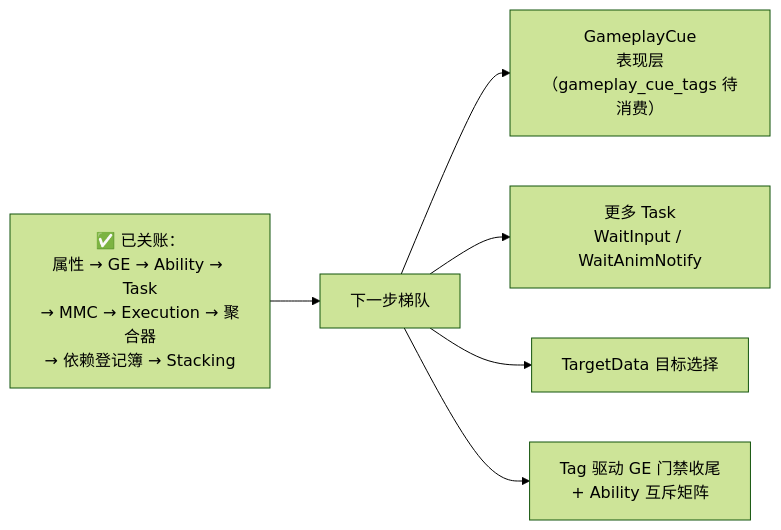
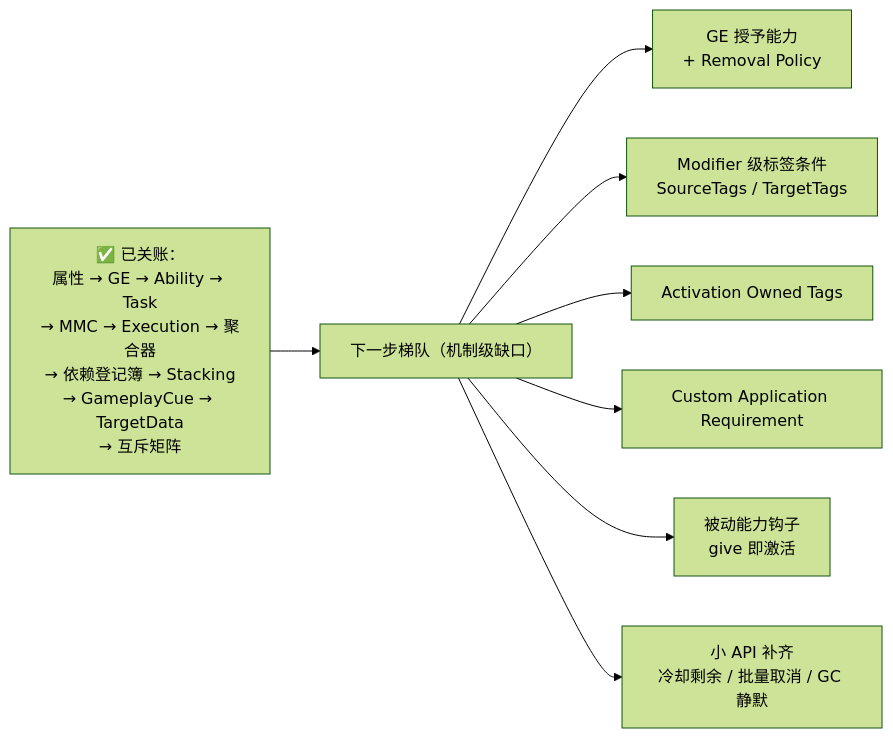
Before and after one commit to PrimeChuJiang/gas_project: diagram 25 of 25 in docs/System_Architecture.md, drawn with Mermaid (forest theme). The commit also changed other lines of this file and 27 other files, not shown here.

````diff
--- a/docs/System_Architecture.md
+++ b/docs/System_Architecture.md
@@ -1443,8 +1448,10 @@
 ```mermaid
 flowchart LR
-    DONE["✅ 已关账：<br/>属性 → GE → Ability → Task<br/>→ MMC → Execution → 聚合器<br/>→ 依赖登记簿 → Stacking"] --> NEXT["下一步梯队"]
-    NEXT --> CUE["GameplayCue<br/>表现层（gameplay_cue_tags 待消费）"]
-    NEXT --> TASK2["更多 Task<br/>WaitInput / WaitAnimNotify"]
-    NEXT --> TARGET["TargetData 目标选择"]
-    NEXT --> TAG2["Tag 驱动 GE 门禁收尾<br/>+ Ability 互斥矩阵"]
+    DONE["✅ 已关账：<br/>属性 → GE → Ability → Task<br/>→ MMC → Execution → 聚合器<br/>→ 依赖登记簿 → Stacking<br/>→ GameplayCue → TargetData<br/>→ 互斥矩阵"] --> NEXT["下一步梯队（机制级缺口）"]
+    NEXT --> GAP1["GE 授予能力<br/>+ Removal Policy"]
+    NEXT --> GAP2["Modifier 级标签条件<br/>SourceTags / TargetTags"]
+    NEXT --> GAP3["Activation Owned Tags"]
+    NEXT --> GAP4["Custom Application Requirement"]
+    NEXT --> GAP5["被动能力钩子<br/>give 即激活"]
+    NEXT --> GAP6["小 API 补齐<br/>冷却剩余 / 批量取消 / GC 静默"]
 ```
````
